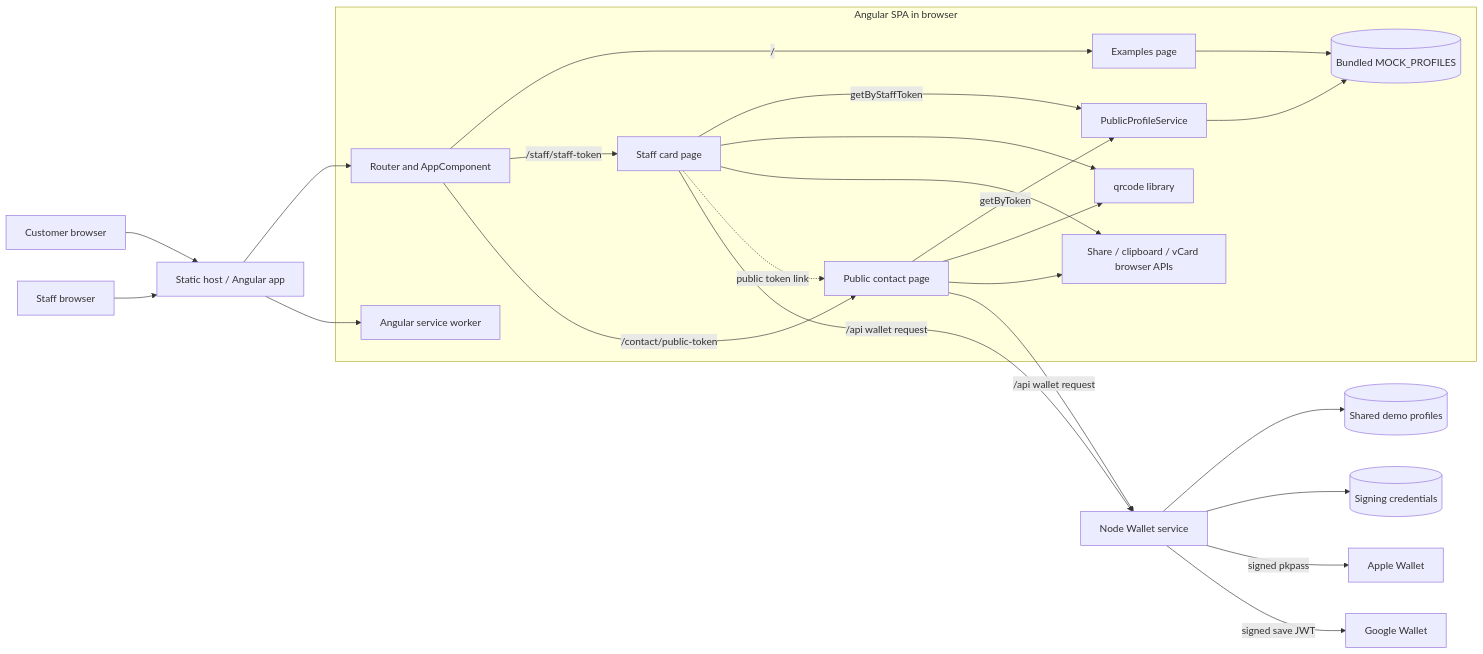
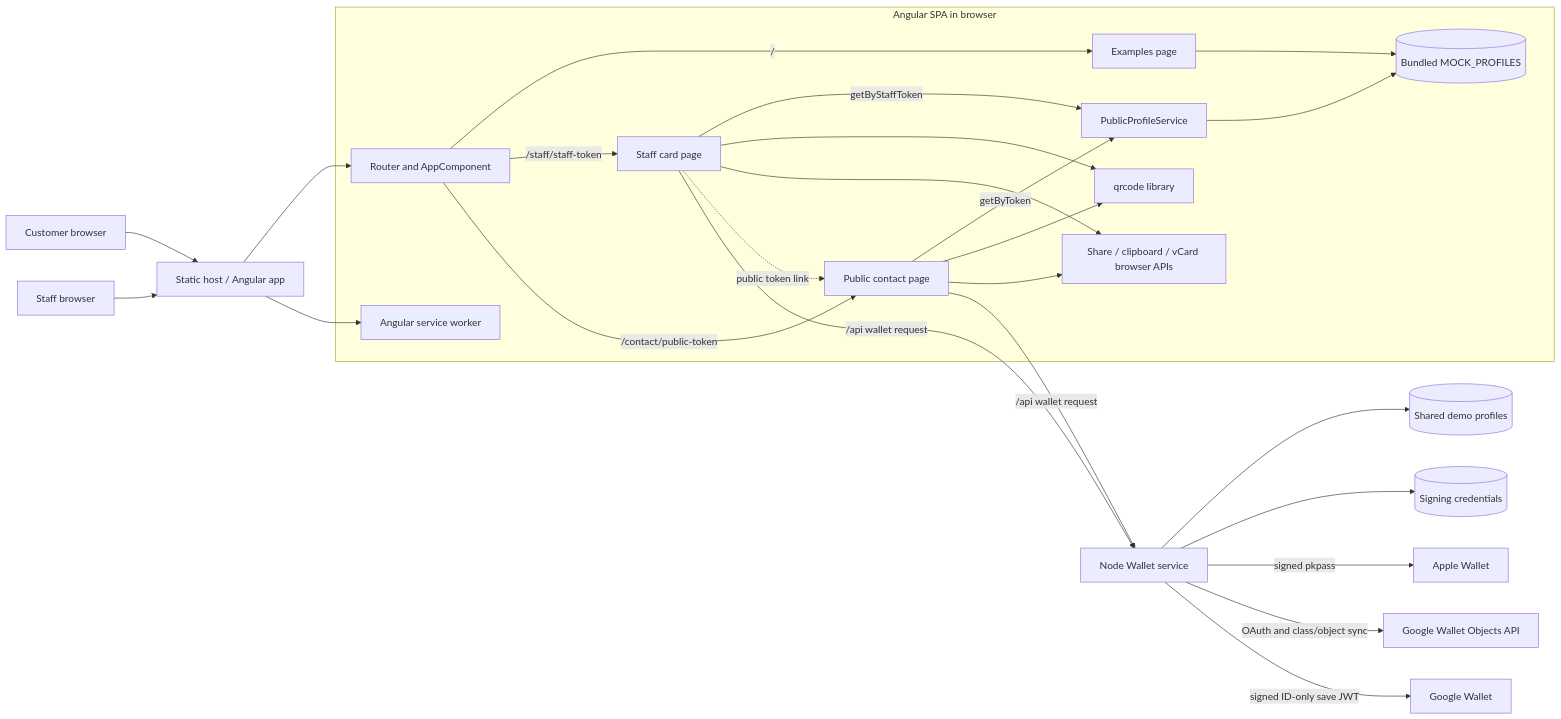
Before and after one commit to jaynidesh/Digital-Business-Card: the diagram in architecture.mmd, drawn with Mermaid. The commit also changed 10 other files, not shown here.

```diff
--- a/architecture.mmd
+++ b/architecture.mmd
@@ -1,36 +1,37 @@
 flowchart LR
     visitor[Customer browser] --> static[Static host / Angular app]
     staff[Staff browser] --> static
 
     subgraph browser[Angular SPA in browser]
         router[Router and AppComponent]
         examples[Examples page]
         staffPage[Staff card page]
         publicPage[Public contact page]
         profiles[PublicProfileService]
         mock[(Bundled MOCK_PROFILES)]
         qr[qrcode library]
         webapis[Share / clipboard / vCard browser APIs]
         sw[Angular service worker]
     end
 
     static --> router
     static --> sw
     router -->|/| examples
     router -->|/staff/staff-token| staffPage
     router -->|/contact/public-token| publicPage
     examples --> mock
     staffPage -->|getByStaffToken| profiles
     publicPage -->|getByToken| profiles
     profiles --> mock
     staffPage --> qr
     publicPage --> qr
     staffPage --> webapis
     publicPage --> webapis
     staffPage -.->|public token link| publicPage
     staffPage -->|/api wallet request| wallet
     publicPage -->|/api wallet request| wallet[Node Wallet service]
     wallet --> data[(Shared demo profiles)]
     wallet --> keys[(Signing credentials)]
     wallet -->|signed pkpass| apple[Apple Wallet]
-    wallet -->|signed save JWT| google[Google Wallet]
+    wallet -->|OAuth and class/object sync| googleApi[Google Wallet Objects API]
+    wallet -->|signed ID-only save JWT| google[Google Wallet]
```
